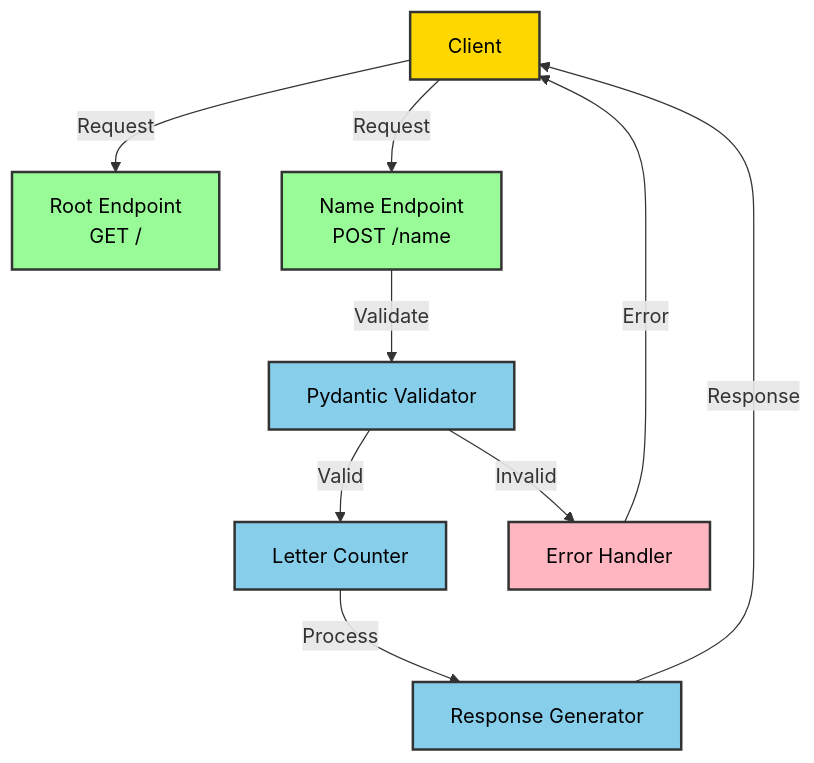
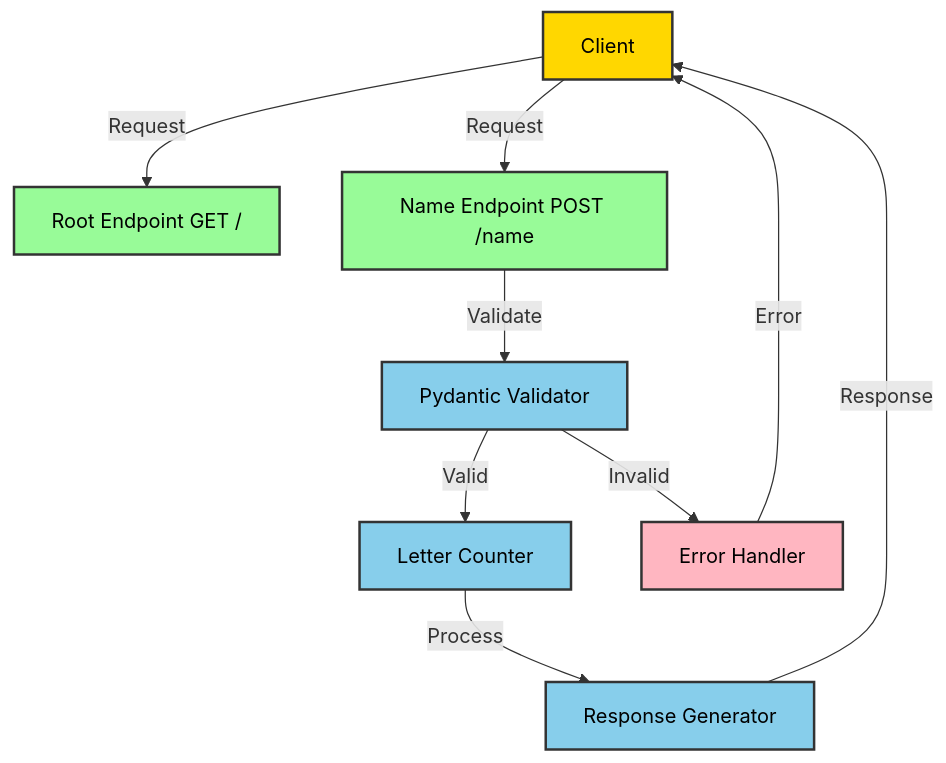
One commit to Kekniskd/cursor-IDE-API changed the diagram in README.md. Above: the diagram before and after it, drawn with Mermaid.

Commit message:
docs: Refine README mermaid diagram formatting

````diff
--- a/README.md
+++ b/README.md
@@ -14,30 +14,30 @@
 ```mermaid
 flowchart TD
     A[Client]
-    B[Root Endpoint\n GET /]
-    C[Name Endpoint\n POST /name]
+    B[Root Endpoint GET /]
+    C[Name Endpoint POST /name]
     D[Pydantic Validator]
     E[Letter Counter]
     F[Response Generator]
     G[Error Handler]
 
     A --> |Request| B
     A --> |Request| C
     C --> |Validate| D
     D --> |Valid| E
     E --> |Process| F
     F --> |Response| A
     D --> |Invalid| G
     G --> |Error| A
 
     classDef default fill:#f9f9f9,stroke:#333,stroke-width:2px,color:#000;
     classDef client fill:#FFD700,stroke:#333,stroke-width:2px,color:#000;
     classDef endpoint fill:#98FB98,stroke:#333,stroke-width:2px,color:#000;
     classDef process fill:#87CEEB,stroke:#333,stroke-width:2px,color:#000;
     classDef error fill:#FFB6C1,stroke:#333,stroke-width:2px,color:#000;
 
     class A client;
     class B,C endpoint;
     class D,E,F process;
     class G error;
 ```
````
